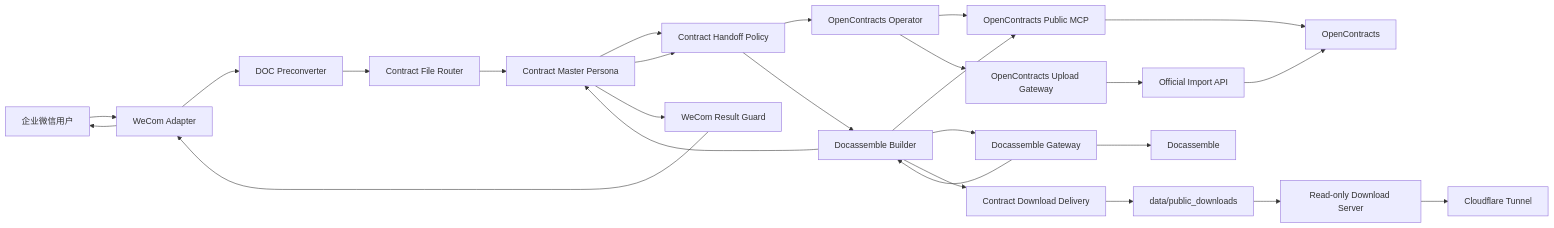
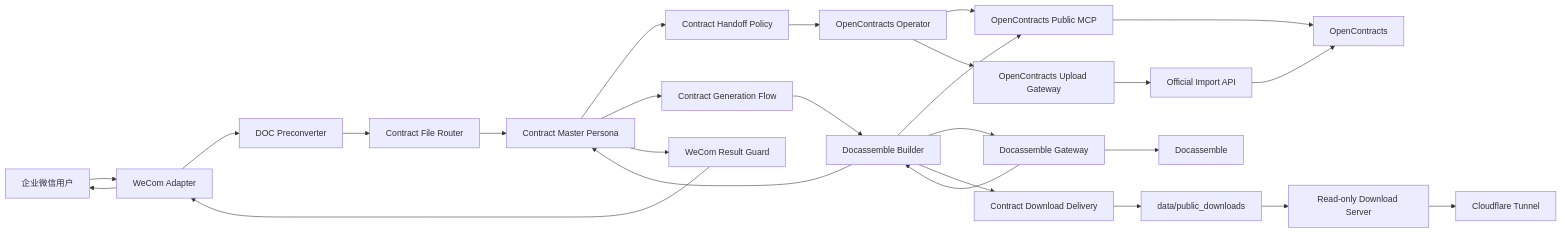
One commit to Ri0n72Y/ContractBotConfig changed the diagram in README.md. Above: the diagram before and after it, drawn with Mermaid. The commit also changed other lines of this file and 4 other files, not shown here.

````diff
--- a/README.md
+++ b/README.md
@@ -18,33 +19,34 @@
 ```mermaid
 flowchart LR
     User[企业微信用户]
     WeCom[WeCom Adapter]
     Convert[DOC Preconverter]
     Router[Contract File Router]
     Master[Contract Master Persona]
     Handoff[Contract Handoff Policy]
+    GenFlow[Contract Generation Flow]
     Operator[OpenContracts Operator]
     MCP[OpenContracts Public MCP]
     UploadGateway[OpenContracts Upload Gateway]
     API[Official Import API]
     OC[OpenContracts]
     Builder[Docassemble Builder]
     DAGateway[Docassemble Gateway]
     DA[Docassemble]
     Delivery[Contract Download Delivery]
     PublicDir[data/public_downloads]
     Download[Read-only Download Server]
     CF[Cloudflare Tunnel]
     Guard[WeCom Result Guard]
 
     User --> WeCom --> Convert --> Router --> Master
     Master --> Handoff --> Operator
     Operator --> MCP --> OC
     Operator --> UploadGateway --> API --> OC
-    Master --> Handoff --> Builder
+    Master --> GenFlow --> Builder
     Builder --> MCP
     Builder --> DAGateway --> DA
     DAGateway --> Builder
     Builder --> Delivery --> PublicDir --> Download --> CF
     Builder --> Master --> Guard --> WeCom --> User
 ```
````
